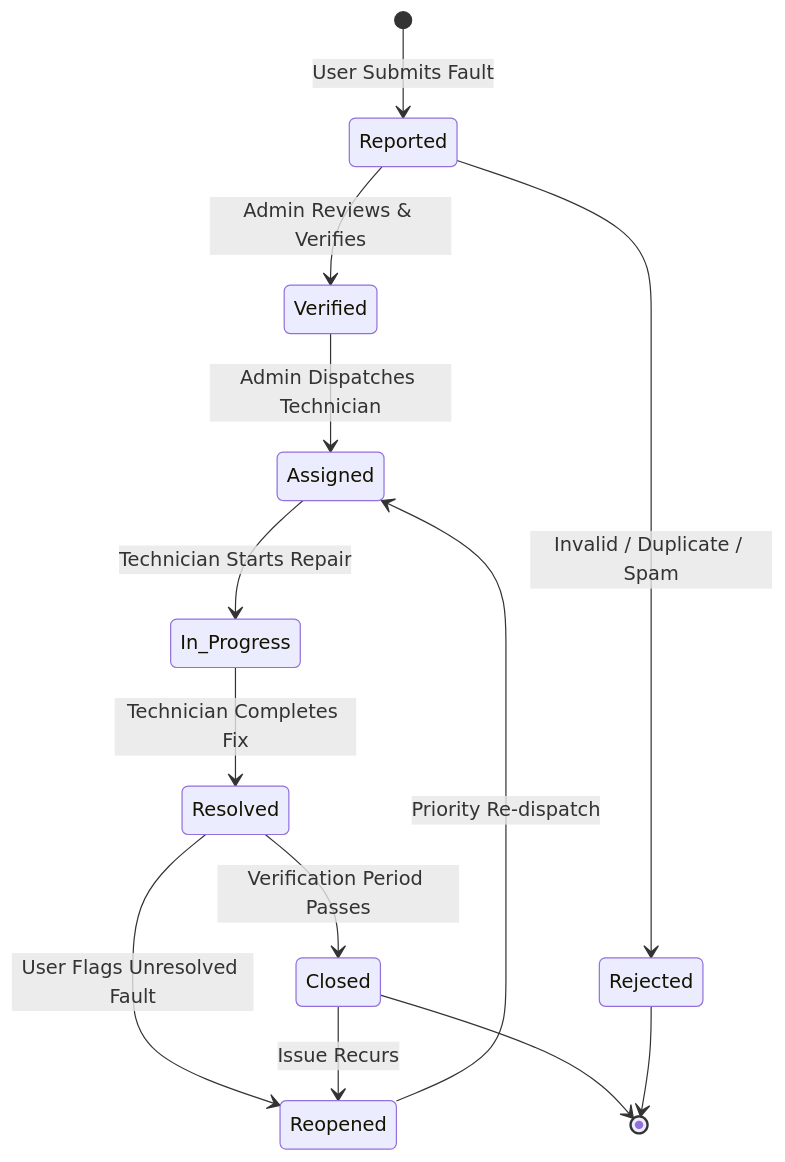
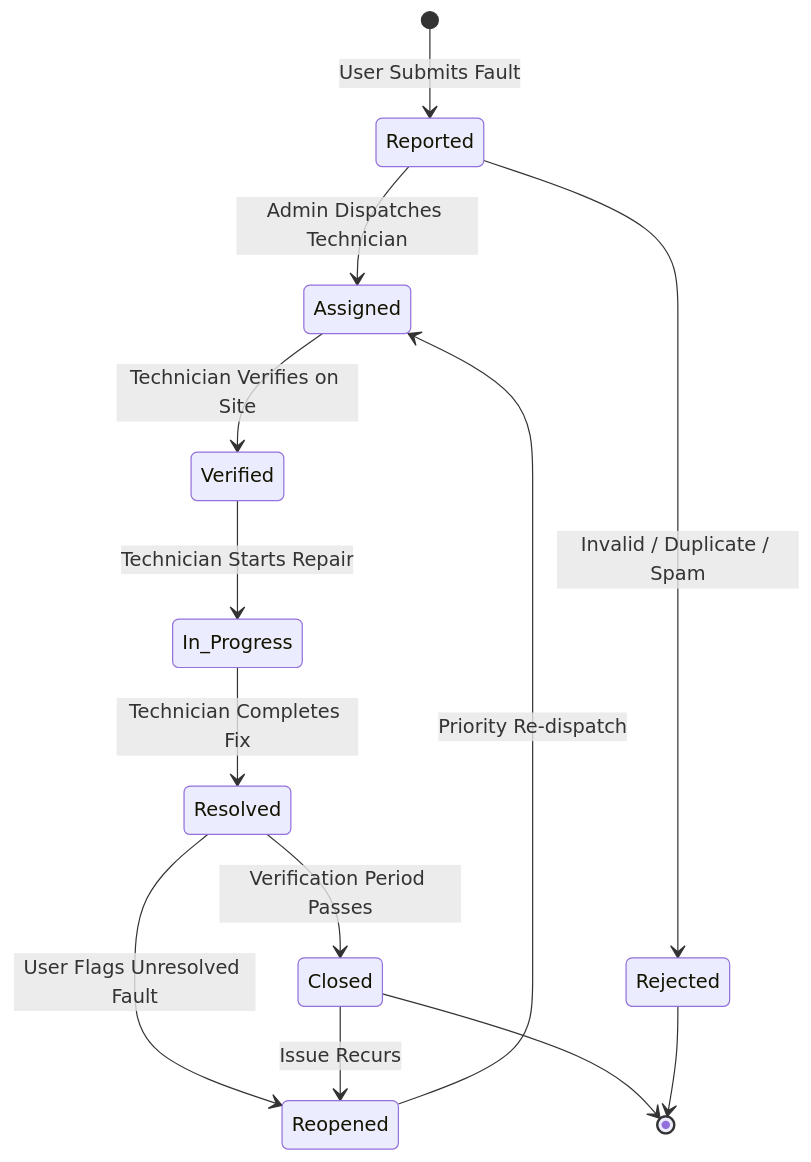
The third of 3 diagrams in docs/PROJECT_REPORT.md (srivatsaladdu68-alt/Campus-Fix), drawn with Mermaid before and after one commit. The commit also changed other lines of this file and 6 other files, not shown here.

Commit message:
chore(workflow): swap Step 2 (Assigned) and Step 3 (Verified) across tracker and dashboards

````diff
--- a/docs/PROJECT_REPORT.md
+++ b/docs/PROJECT_REPORT.md
@@ -134,15 +134,15 @@
 ```mermaid
 stateDiagram-v2
     [*] --> Reported: User Submits Fault
-    Reported --> Verified: Admin Reviews & Verifies
+    Reported --> Assigned: Admin Dispatches Technician
     Reported --> Rejected: Invalid / Duplicate / Spam
-    Verified --> Assigned: Admin Dispatches Technician
-    Assigned --> In_Progress: Technician Starts Repair
+    Assigned --> Verified: Technician Verifies on Site
+    Verified --> In_Progress: Technician Starts Repair
     In_Progress --> Resolved: Technician Completes Fix
     Resolved --> Closed: Verification Period Passes
     Resolved --> Reopened: User Flags Unresolved Fault
     Closed --> Reopened: Issue Recurs
     Reopened --> Assigned: Priority Re-dispatch
     Closed --> [*]
     Rejected --> [*]
 ```
````
